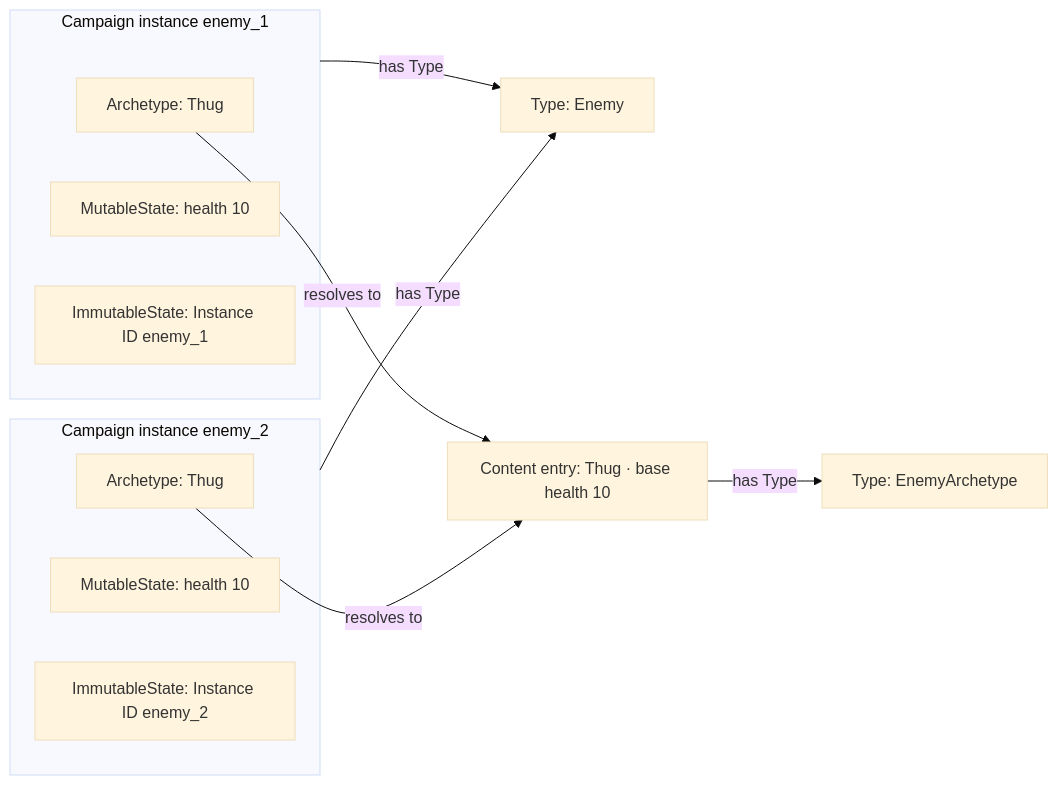
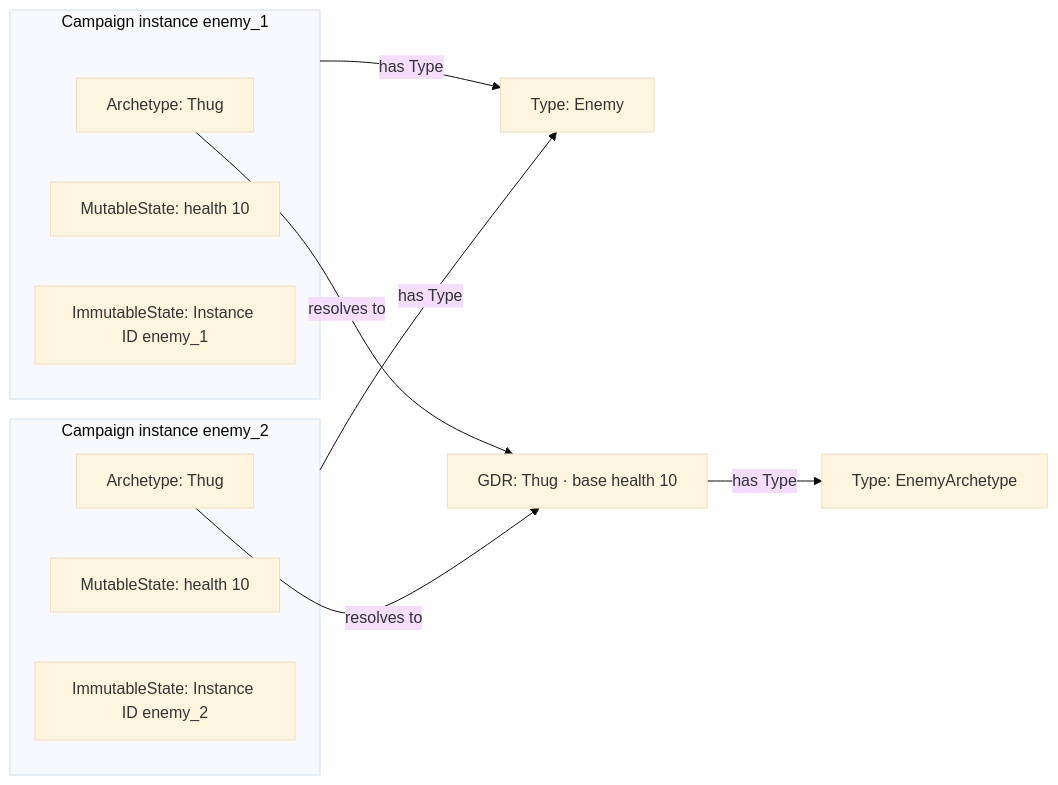
Before and after one commit to konrad-jamrozik/game-v5: the second of 3 diagrams in docs/specs/foundation/modeling-foundations.md, drawn with Mermaid (base theme). The commit also changed other lines of this file and 17 other files, not shown here.

Commit message:
Rename Content entry to Game Data Record (GDR)

````diff
--- a/docs/specs/foundation/modeling-foundations.md
+++ b/docs/specs/foundation/modeling-foundations.md
@@ -215,21 +215,21 @@
 ```mermaid
 flowchart LR
     enemy_type["Type: Enemy"]
     enemy_archetype_type["Type: EnemyArchetype"]
-    thug_content_entry["Content entry: Thug · base health 10"]
-    thug_content_entry -->|has Type| enemy_archetype_type
+    thug_gdr["GDR: Thug · base health 10"]
+    thug_gdr -->|has Type| enemy_archetype_type
     subgraph enemy_1["Campaign instance enemy_1"]
         enemy_1_archetype["Archetype: Thug"]
         enemy_1_mutable_state["MutableState: health 10"]
         enemy_1_immutable_state["ImmutableState: Instance ID enemy_1"]
     end
     subgraph enemy_2["Campaign instance enemy_2"]
         enemy_2_archetype["Archetype: Thug"]
         enemy_2_mutable_state["MutableState: health 10"]
         enemy_2_immutable_state["ImmutableState: Instance ID enemy_2"]
     end
     enemy_1 -->|has Type| enemy_type
     enemy_2 -->|has Type| enemy_type
-    enemy_1_archetype -->|resolves to| thug_content_entry
-    enemy_2_archetype -->|resolves to| thug_content_entry
+    enemy_1_archetype -->|resolves to| thug_gdr
+    enemy_2_archetype -->|resolves to| thug_gdr
 ```
````
